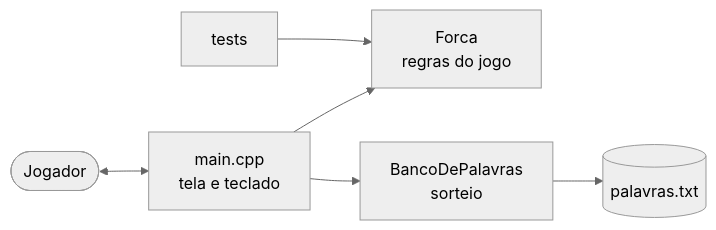
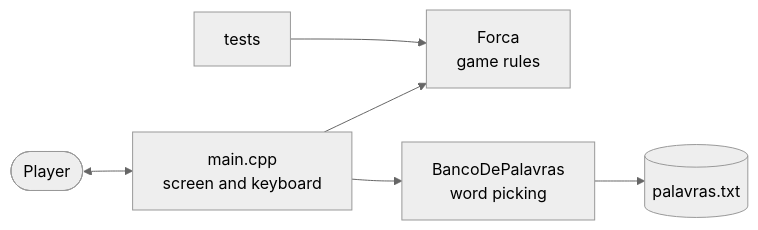
The diagram in README.md (b4el/jogo-da-forca), drawn with Mermaid (neutral theme) before and after one commit. The commit also changed other lines of this file, not shown here.

````diff
--- a/README.md
+++ b/README.md
@@ -91,8 +93,8 @@
 ```mermaid
 flowchart LR
-    U([Jogador]) <--> M[main.cpp<br/>tela e teclado]
-    M --> F[Forca<br/>regras do jogo]
-    M --> B[BancoDePalavras<br/>sorteio]
+    U([Player]) <--> M[main.cpp<br/>screen and keyboard]
+    M --> F[Forca<br/>game rules]
+    M --> B[BancoDePalavras<br/>word picking]
     B --> A[(palavras.txt)]
     T[tests] --> F
 ```
````
